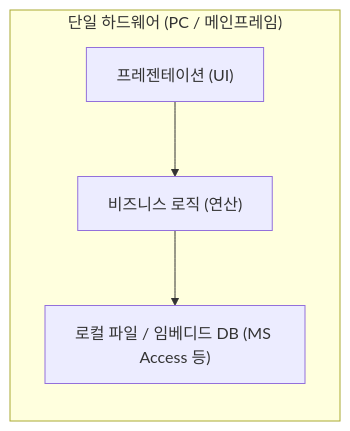
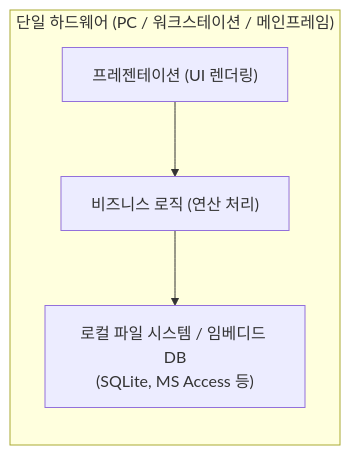
One commit to keimania/tech-notes changed the first of 39 diagrams in 09_아키텍처.md. Above: the diagram before and after it, drawn with Mermaid. The commit also changed other lines of this file and 12 other files, not shown here.

````diff
--- a/09_아키텍처.md
+++ b/09_아키텍처.md
@@ -49,6 +54,6 @@
 ```mermaid
 flowchart LR
-    subgraph SingleMachine["단일 하드웨어 (PC / 메인프레임)"]
-        UI["프레젠테이션 (UI)"] --> Logic["비즈니스 로직 (연산)"] --> DB["로컬 파일 / 임베디드 DB (MS Access 등)"]
+    subgraph SingleMachine["단일 하드웨어 (PC / 워크스테이션 / 메인프레임)"]
+        UI["프레젠테이션 (UI 렌더링)"] --> Logic["비즈니스 로직 (연산 처리)"] --> DB["로컬 파일 시스템 / 임베디드 DB\n(SQLite, MS Access 등)"]
     end
 ```
````
